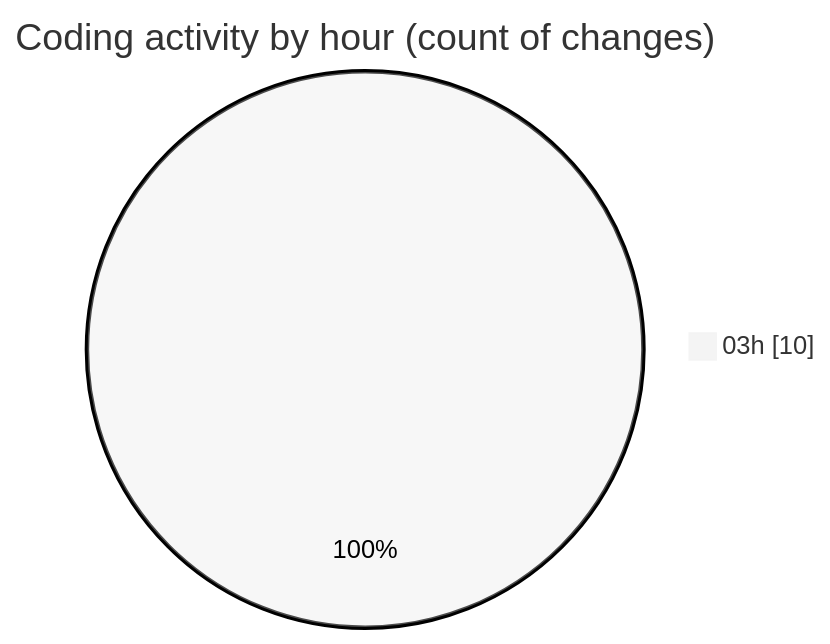
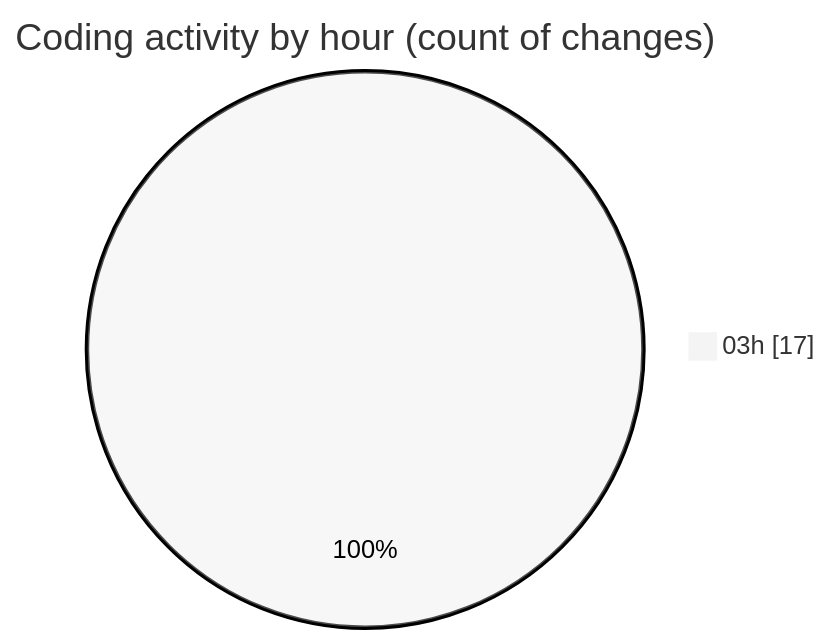
One commit to ernivani/code-tracking changed the second of 2 diagrams in repositories/2024-12-28/leetcode-solutions/README.md. Above: the diagram before and after it, drawn with Mermaid (neutral theme). The commit also changed other lines of this file and 1 other file, not shown here.

````diff
--- a/repositories/2024-12-28/leetcode-solutions/README.md
+++ b/repositories/2024-12-28/leetcode-solutions/README.md
@@ -31,5 +35,5 @@
 ```mermaid
 pie showData
 title Coding activity by hour (count of changes)
-"03h" : 10
+"03h" : 17
 ```
````
